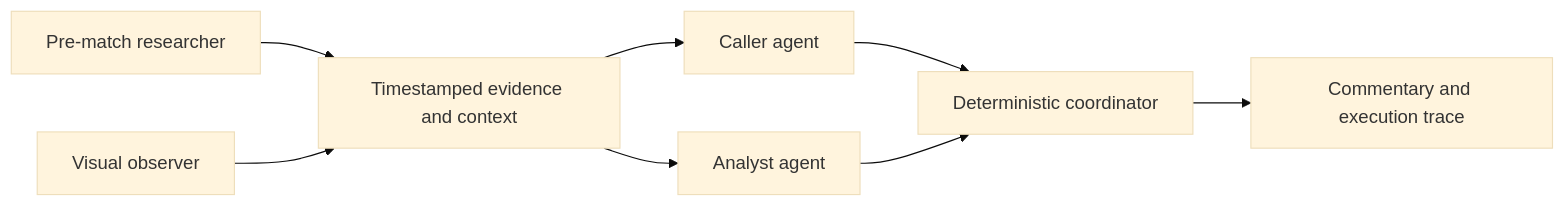
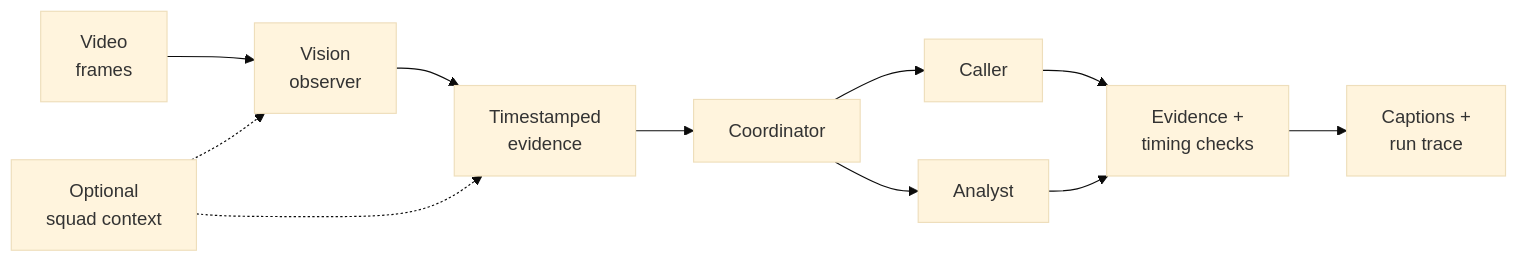
One commit to aarshroongta1/live-soccer-commentary changed the first of 2 diagrams in README.md. Above: the diagram before and after it, drawn with Mermaid (base theme). The commit also changed other lines of this file and 18 other files, not shown here.

Commit message:
Explain the engineering with flowcharts

````diff
--- a/README.md
+++ b/README.md
@@ -45,10 +48,13 @@
 ```mermaid
 flowchart LR
-    R[Pre-match researcher] --> E[Timestamped evidence and context]
-    V[Visual observer] --> E
-    E --> C[Caller agent]
-    E --> A[Analyst agent]
-    C --> D[Deterministic coordinator]
-    A --> D
-    D --> O[Commentary and execution trace]
+    V["Video<br/>frames"] --> O["Vision<br/>observer"]
+    R["Optional<br/>squad context"] -.-> O
+    O --> E["Timestamped<br/>evidence"]
+    R -.-> E
+    E --> C[Coordinator]
+    C --> P[Caller]
+    C --> A[Analyst]
+    P --> G["Evidence +<br/>timing checks"]
+    A --> G
+    G --> S["Captions +<br/>run trace"]
 ```
````
